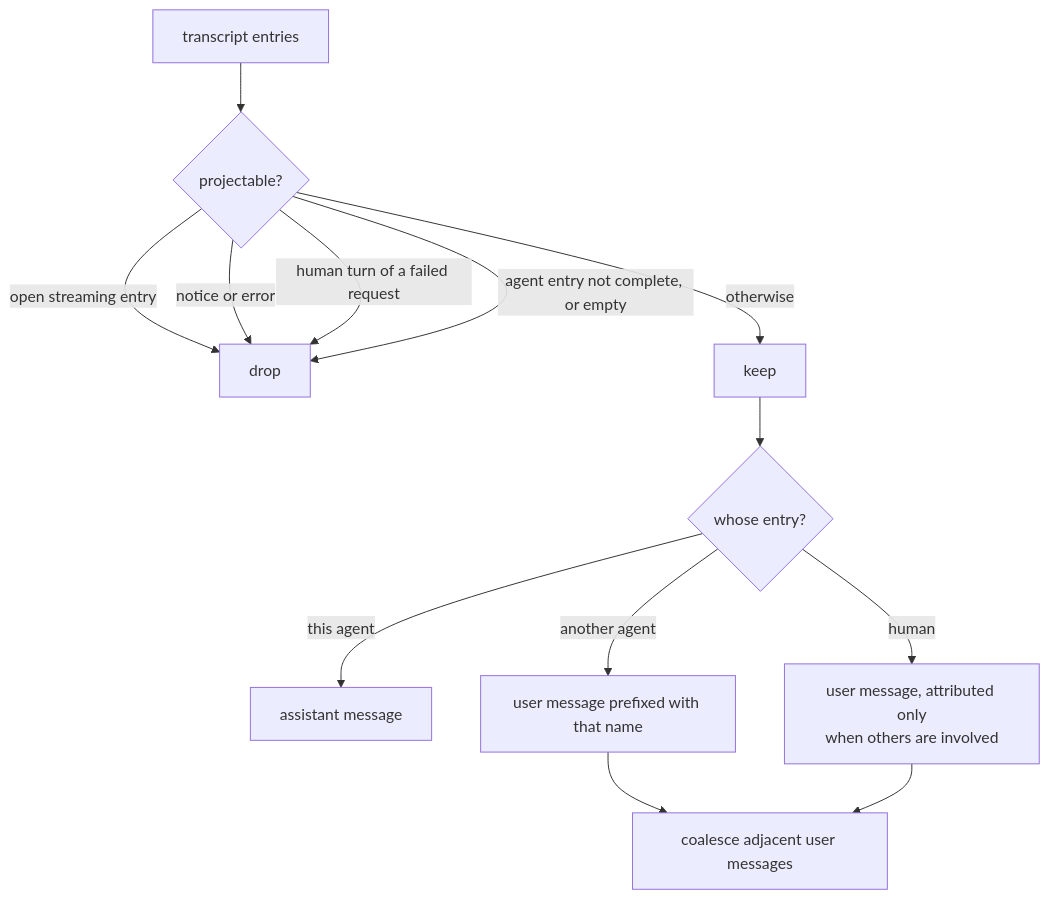
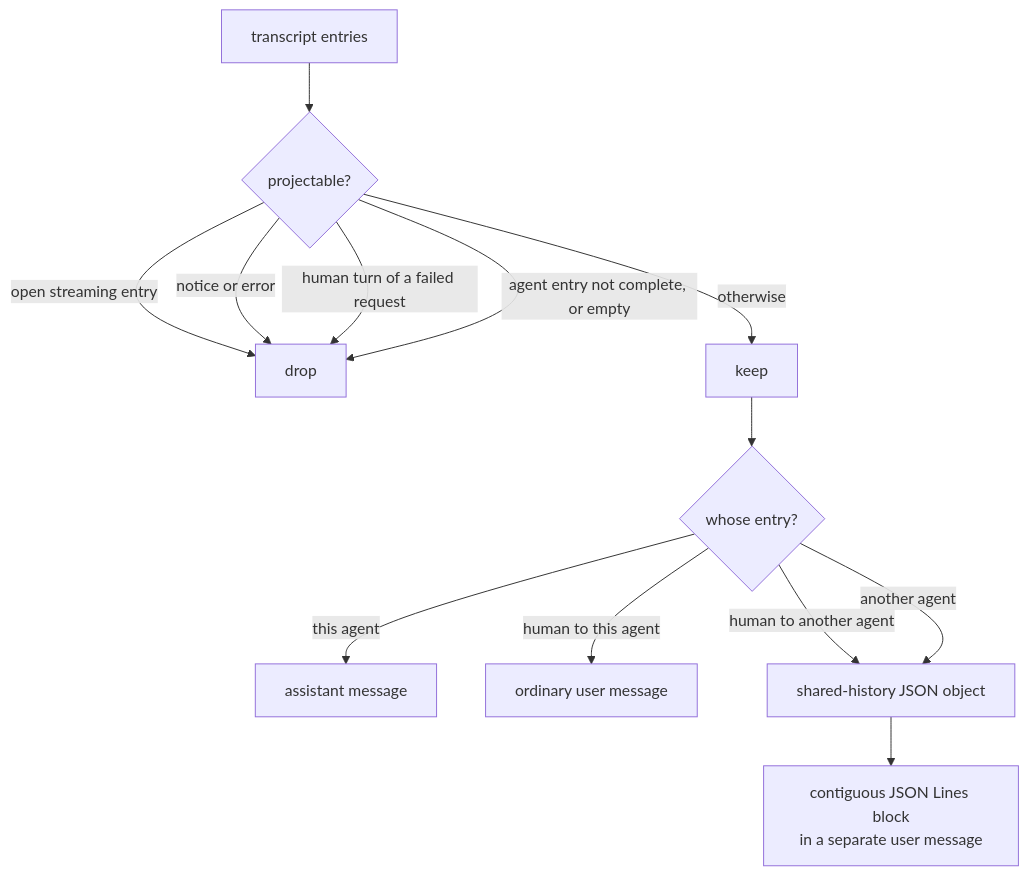
The fourth of 4 diagrams in src/agents/README.md (michaelpopov/cha), drawn with Mermaid before and after one commit. The commit also changed other lines of this file and 15 other files, not shown here.

````diff
--- a/src/agents/README.md
+++ b/src/agents/README.md
@@ -187,15 +191,15 @@
 ```mermaid
 flowchart TD
     E["transcript entries"] --> F{"projectable?"}
     F -->|"open streaming entry"| D["drop"]
     F -->|"notice or error"| D
     F -->|"human turn of a failed request"| D
     F -->|"agent entry not complete, or empty"| D
     F -->|"otherwise"| K["keep"]
     K --> W{"whose entry?"}
     W -->|"this agent"| A["assistant message"]
-    W -->|"another agent"| U1["user message prefixed with that name"]
-    W -->|"human"| U2["user message, attributed only<br/>when others are involved"]
-    U1 --> C["coalesce adjacent user messages"]
-    U2 --> C
+    W -->|"human to this agent"| U["ordinary user message"]
+    W -->|"human to another agent"| J["shared-history JSON object"]
+    W -->|"another agent"| J
+    J --> B["contiguous JSON Lines block<br/>in a separate user message"]
 ```
````
